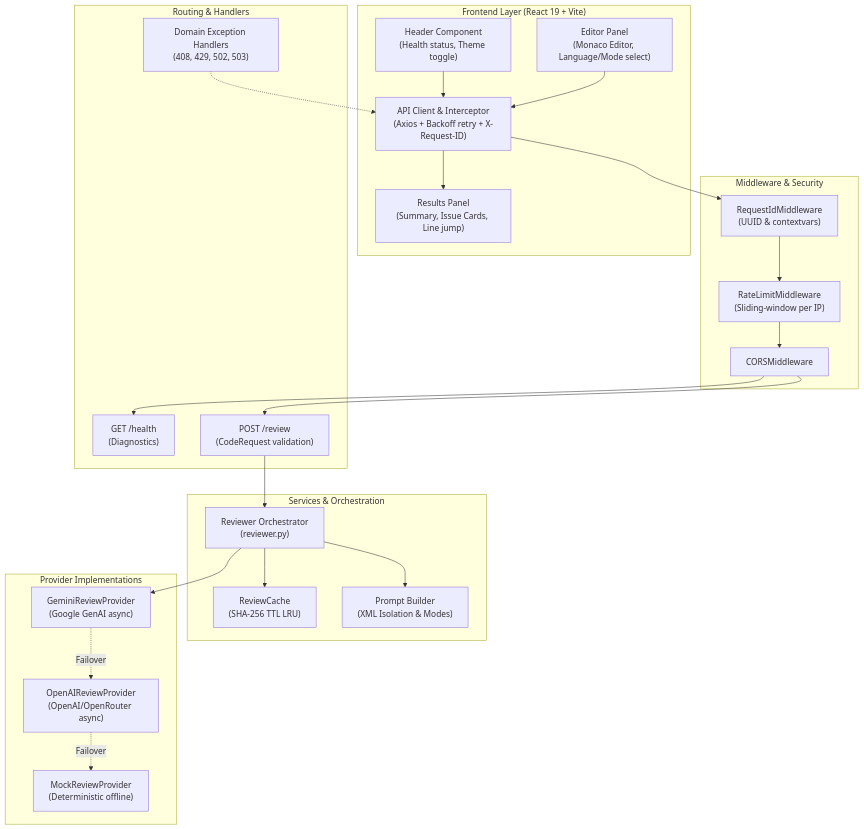
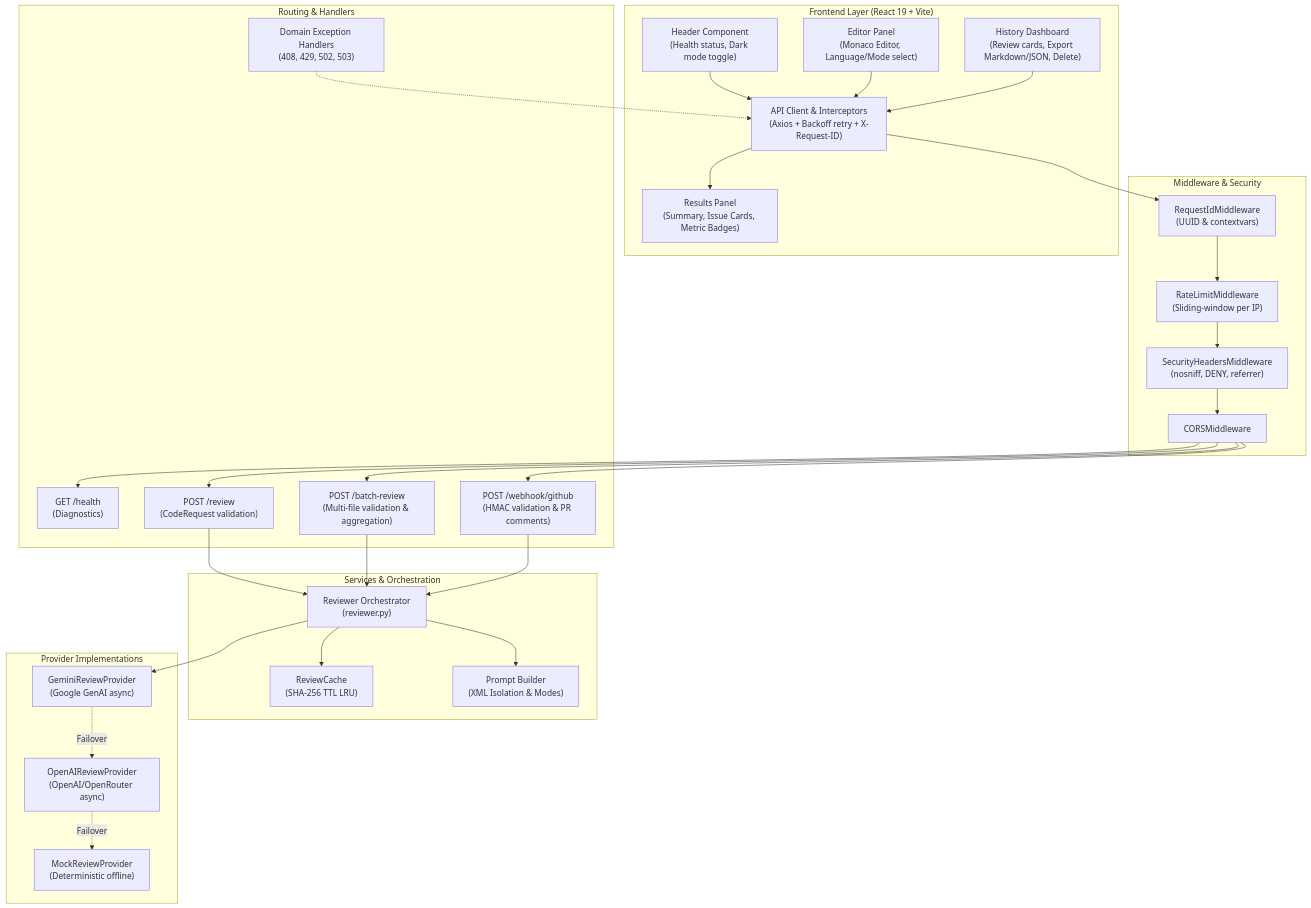
Before and after one commit to chandan942/ai-review-system: the diagram in docs/ARCHITECTURE.md, drawn with Mermaid. The commit also changed other lines of this file and 3 other files, not shown here.

Commit message:
docs: Update README and documentation for Phase 5, batch review, history export, and dark mode features

````diff
--- a/docs/ARCHITECTURE.md
+++ b/docs/ARCHITECTURE.md
@@ -64,49 +69,59 @@
 ```mermaid
 graph TB
     subgraph FrontendLayer["Frontend Layer (React 19 + Vite)"]
-        Header["Header Component<br/>(Health status, Theme toggle)"]
+        Header["Header Component<br/>(Health status, Dark mode toggle)"]
         Editor["Editor Panel<br/>(Monaco Editor, Language/Mode select)"]
-        Results["Results Panel<br/>(Summary, Issue Cards, Line jump)"]
-        ApiLib["API Client & Interceptor<br/>(Axios + Backoff retry + X-Request-ID)"]
+        Results["Results Panel<br/>(Summary, Issue Cards, Metric Badges)"]
+        History["History Dashboard<br/>(Review cards, Export Markdown/JSON, Delete)"]
+        ApiLib["API Client & Interceptors<br/>(Axios + Backoff retry + X-Request-ID)"]
     end
 
     subgraph MiddlewareLayer["Middleware & Security"]
         ReqId["RequestIdMiddleware<br/>(UUID & contextvars)"]
         RateLimit["RateLimitMiddleware<br/>(Sliding-window per IP)"]
+        SecurityHeaders["SecurityHeadersMiddleware<br/>(nosniff, DENY, referrer)"]
         CORS["CORSMiddleware"]
     end
 
     subgraph AppRouting["Routing & Handlers"]
         HealthRoute["GET /health<br/>(Diagnostics)"]
         ReviewRoute["POST /review<br/>(CodeRequest validation)"]
+        BatchRoute["POST /batch-review<br/>(Multi-file validation & aggregation)"]
+        WebhookRoute["POST /webhook/github<br/>(HMAC validation & PR comments)"]
         Exceptions["Domain Exception Handlers<br/>(408, 429, 502, 503)"]
     end
 
     subgraph CoreServices["Services & Orchestration"]
         Reviewer["Reviewer Orchestrator<br/>(reviewer.py)"]
         Cache["ReviewCache<br/>(SHA-256 TTL LRU)"]
         PromptGen["Prompt Builder<br/>(XML Isolation & Modes)"]
     end
 
     subgraph Providers["Provider Implementations"]
         Gemini["GeminiReviewProvider<br/>(Google GenAI async)"]
         OpenAI["OpenAIReviewProvider<br/>(OpenAI/OpenRouter async)"]
         Mock["MockReviewProvider<br/>(Deterministic offline)"]
     end
 
     Header --> ApiLib
     Editor --> ApiLib
+    History --> ApiLib
     ApiLib --> ReqId
     ReqId --> RateLimit
-    RateLimit --> CORS
+    RateLimit --> SecurityHeaders
+    SecurityHeaders --> CORS
     CORS --> HealthRoute
     CORS --> ReviewRoute
+    CORS --> BatchRoute
+    CORS --> WebhookRoute
     ReviewRoute --> Reviewer
+    BatchRoute --> Reviewer
+    WebhookRoute --> Reviewer
     Reviewer --> Cache
     Reviewer --> PromptGen
     Reviewer --> Gemini
     Gemini -.->|Failover| OpenAI
     OpenAI -.->|Failover| Mock
     Exceptions -.-> ApiLib
     ApiLib --> Results
 ```
````
